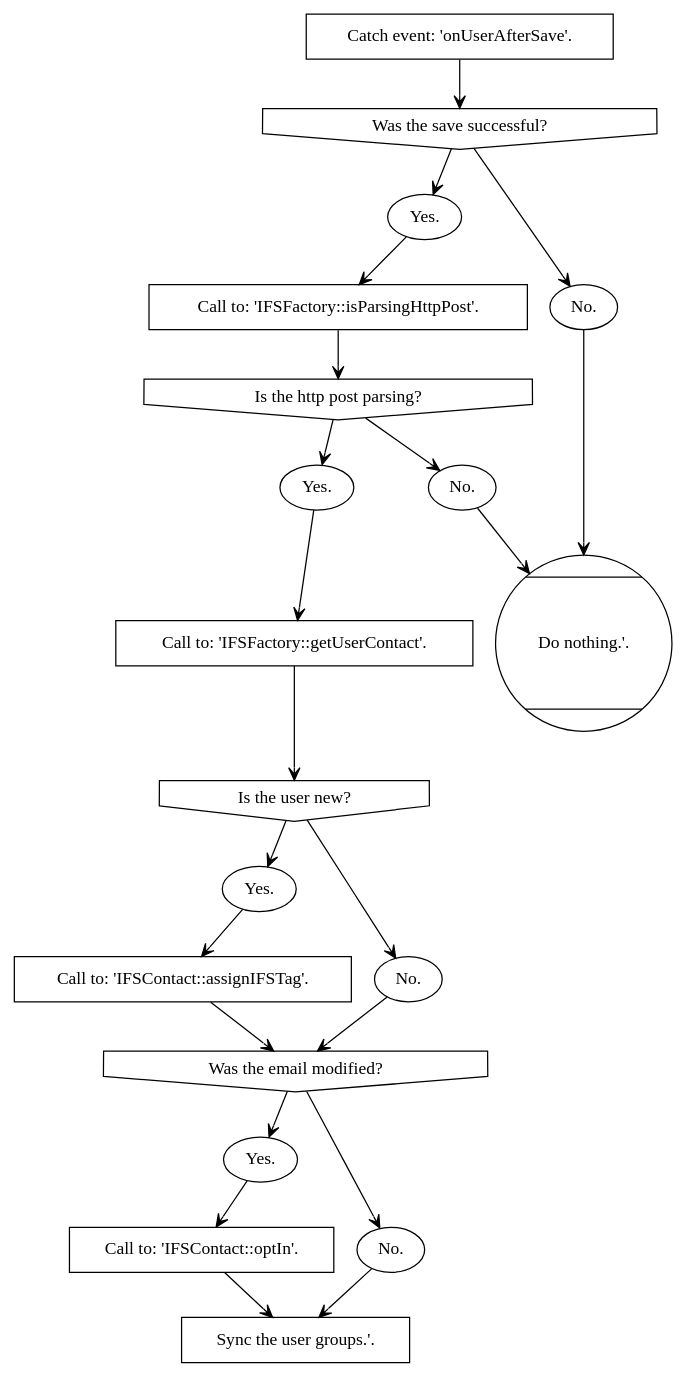
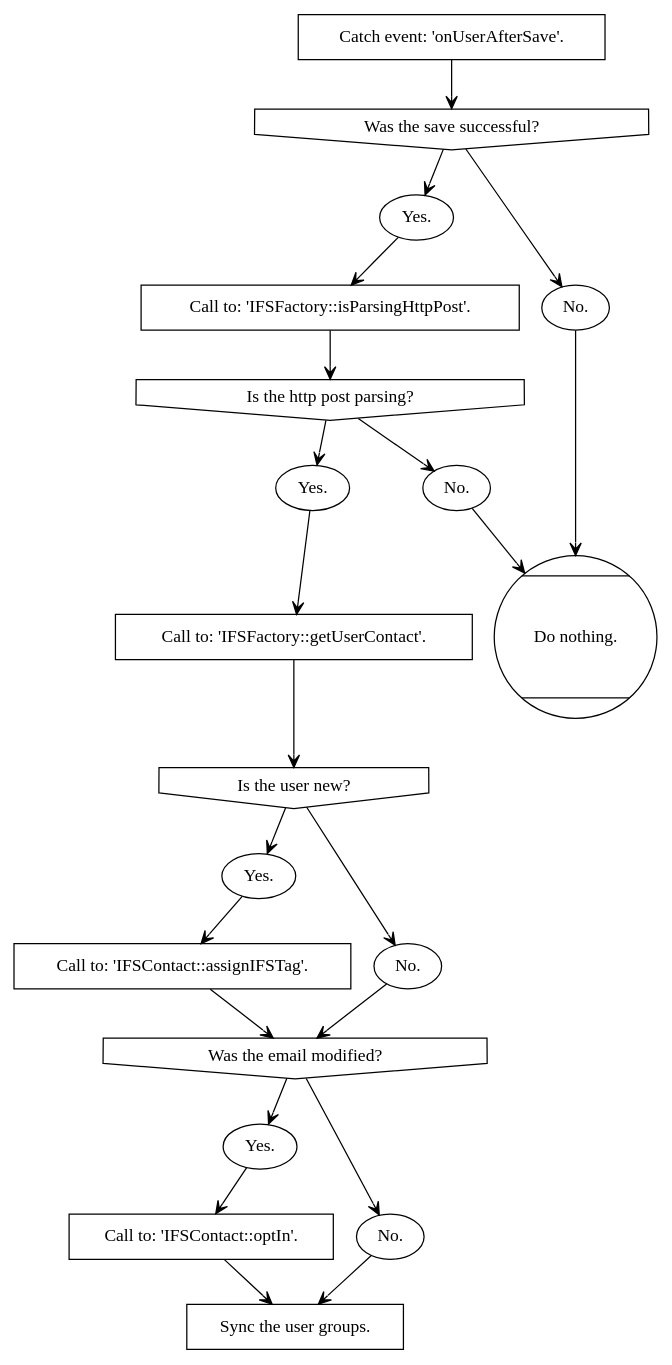
The second of 2 diagrams in docs/procedures/upload_user.rst (treste91/JoomFuse), drawn with Graphviz before and after one commit. The commit also changed other lines of this file, not shown here.

```diff
--- a/docs/procedures/upload_user.rst
+++ b/docs/procedures/upload_user.rst
@@ -38,47 +44,47 @@
 .. graphviz::
    
    digraph {
    
       14 [label="Catch event: 'onUserAfterSave'." shape=trapeziod]
       15 [label="Was the save successful?" shape=invhouse]
       16 [label="Yes." shape=oval]
       17 [label="No." shape=oval]
       18 [label="Call to: 'IFSFactory::isParsingHttpPost'." shape=rectangle]
       19 [label="Is the http post parsing?" shape=invhouse]
       20 [label="Yes." shape=oval]
       21 [label="No." shape=oval]
       22 [label="Call to: 'IFSFactory::getUserContact'." shape=rectangle]
       23 [label="Is the user new?" shape=invhouse]
       24 [label="Yes." shape=oval]
       25 [label="No." shape=oval]
       26 [label="Call to: 'IFSContact::assignIFSTag'." shape=rectangle]
       27 [label="Was the email modified?" shape=invhouse]
       28 [label="Yes." shape=oval]
       29 [label="No." shape=oval]
       30 [label="Call to: 'IFSContact::optIn'." shape=rectangle]
-      31 [label="Sync the user groups.'." shape=rectangle]
-      32 [label="Do nothing.'." shape=Mcircle]
+      31 [label="Sync the user groups." shape=rectangle]
+      32 [label="Do nothing." shape=Mcircle]
      
       14 -> 15 [arrowhead=vee arrowsize=1]
       15 -> 16 [arrowhead=vee arrowsize=1]
       15 -> 17 [arrowhead=vee arrowsize=1]
       17 -> 32 [arrowhead=vee arrowsize=1]
       16 -> 18 [arrowhead=vee arrowsize=1]
       18 -> 19 [arrowhead=vee arrowsize=1]
       19 -> 20 [arrowhead=vee arrowsize=1]
       19 -> 21 [arrowhead=vee arrowsize=1]
       21 -> 32 [arrowhead=vee arrowsize=1]
       20 -> 22 [arrowhead=vee arrowsize=1]
       22 -> 23 [arrowhead=vee arrowsize=1]
       23 -> 24 [arrowhead=vee arrowsize=1]
       23 -> 25 [arrowhead=vee arrowsize=1]
       24 -> 26 [arrowhead=vee arrowsize=1]
       26 -> 27 [arrowhead=vee arrowsize=1]
       25 -> 27 [arrowhead=vee arrowsize=1]
       27 -> 28 [arrowhead=vee arrowsize=1]
       27 -> 29 [arrowhead=vee arrowsize=1]
       28 -> 30 [arrowhead=vee arrowsize=1]
       29 -> 31 [arrowhead=vee arrowsize=1]
       30 -> 31 [arrowhead=vee arrowsize=1]
       
    }
```
